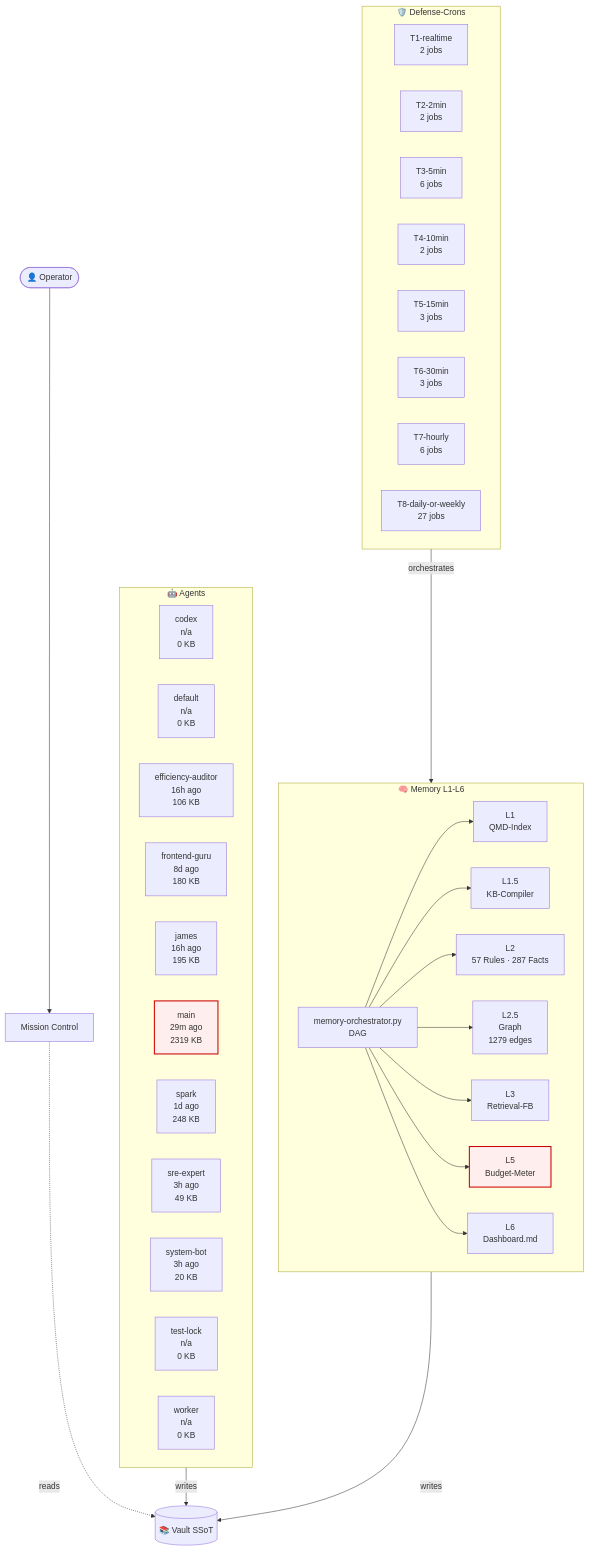
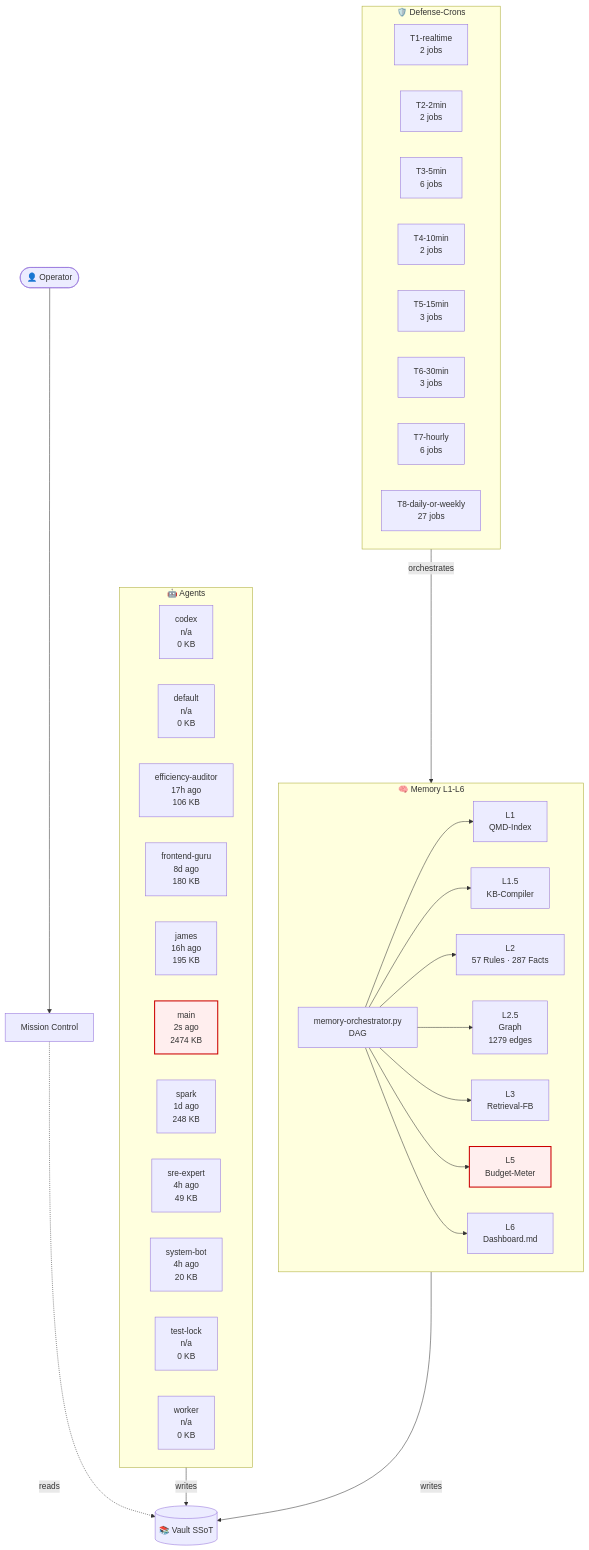
Before and after one commit to lenardhuebner88-rgb/openclaw-memory: the diagram in 03-Agents/architecture-live.md, drawn with Mermaid. The commit also changed other lines of this file and 13 other files, not shown here.

````diff
--- a/03-Agents/architecture-live.md
+++ b/03-Agents/architecture-live.md
@@ -18,54 +18,54 @@
 ```mermaid
 flowchart TB
     classDef critical fill:#fee,stroke:#c00,stroke-width:2px;
     subgraph AGT["🤖 Agents"]
         agent_codex["codex<br/>n/a<br/>0 KB"]
         agent_default["default<br/>n/a<br/>0 KB"]
-        agent_efficiency_auditor["efficiency-auditor<br/>16h ago<br/>106 KB"]
+        agent_efficiency_auditor["efficiency-auditor<br/>17h ago<br/>106 KB"]
         agent_frontend_guru["frontend-guru<br/>8d ago<br/>180 KB"]
         agent_james["james<br/>16h ago<br/>195 KB"]
-        agent_main["main<br/>29m ago<br/>2319 KB"]
+        agent_main["main<br/>2s ago<br/>2474 KB"]
         agent_spark["spark<br/>1d ago<br/>248 KB"]
-        agent_sre_expert["sre-expert<br/>3h ago<br/>49 KB"]
-        agent_system_bot["system-bot<br/>3h ago<br/>20 KB"]
+        agent_sre_expert["sre-expert<br/>4h ago<br/>49 KB"]
+        agent_system_bot["system-bot<br/>4h ago<br/>20 KB"]
         agent_test_lock["test-lock<br/>n/a<br/>0 KB"]
         agent_worker["worker<br/>n/a<br/>0 KB"]
     end
     subgraph MEM["🧠 Memory L1-L6"]
         L1["L1<br/>QMD-Index"]
         L15["L1.5<br/>KB-Compiler"]
         L2["L2<br/>57 Rules · 287 Facts"]
         L25["L2.5<br/>Graph<br/>1279 edges"]
         L3["L3<br/>Retrieval-FB"]
         L5["L5<br/>Budget-Meter"]
         L6["L6<br/>Dashboard.md"]
         ORCH["memory-orchestrator.py<br/>DAG"]
     end
     subgraph CRN["🛡️ Defense-Crons"]
         tier_T1_realtime["T1-realtime<br/>2 jobs"]
         tier_T2_2min["T2-2min<br/>2 jobs"]
         tier_T3_5min["T3-5min<br/>6 jobs"]
         tier_T4_10min["T4-10min<br/>2 jobs"]
         tier_T5_15min["T5-15min<br/>3 jobs"]
         tier_T6_30min["T6-30min<br/>3 jobs"]
         tier_T7_hourly["T7-hourly<br/>6 jobs"]
         tier_T8_daily_or_weekly["T8-daily-or-weekly<br/>27 jobs"]
     end
     VAULT[("📚 Vault SSoT")]
     OP([👤 Operator])
     MC["Mission Control"]
     OP --> MC
     MC -.reads.-> VAULT
     AGT -->|writes| VAULT
     MEM -->|writes| VAULT
     ORCH --> L1
     ORCH --> L15
     ORCH --> L2
     ORCH --> L25
     ORCH --> L3
     ORCH --> L5
     ORCH --> L6
     CRN -->|orchestrates| MEM
     class L5 critical
     class agent_main critical
 ```
````
